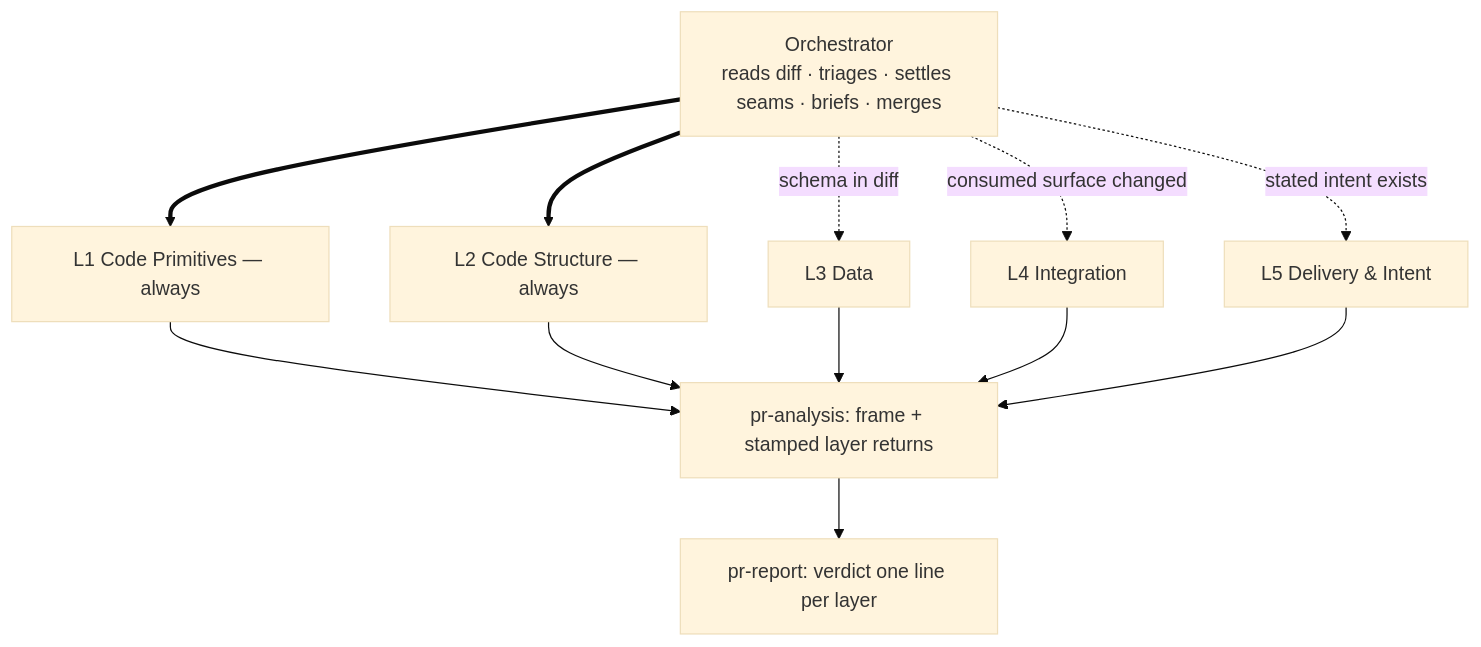
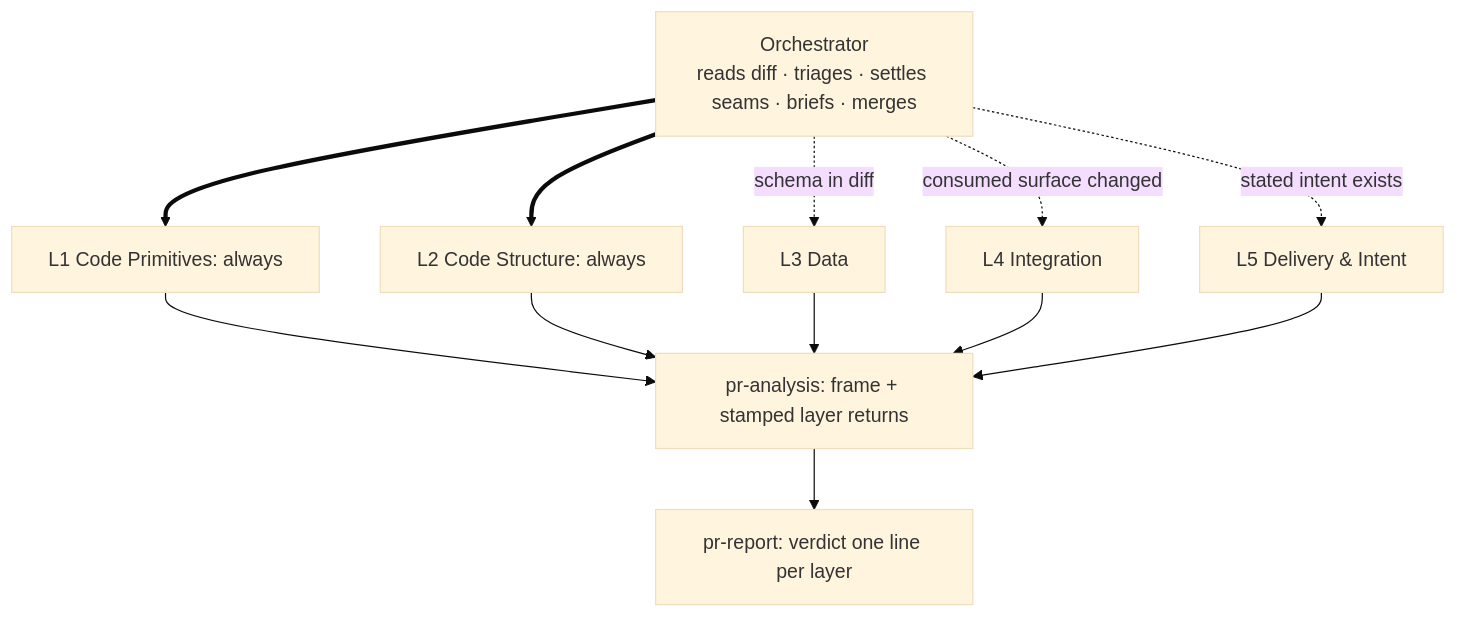
The diagram in skills/pr-review/SKILL.md (Ovich/charrette), drawn with Mermaid (base theme) before and after one commit. The commit also changed other lines of this file and 4 other files, not shown here.

````diff
--- a/skills/pr-review/SKILL.md
+++ b/skills/pr-review/SKILL.md
@@ -68,15 +72,15 @@
 ```mermaid
 flowchart TB
     O[Orchestrator<br/>reads diff · triages · settles seams · briefs · merges]
-    O ==> L1[L1 Code Primitives — always]
-    O ==> L2[L2 Code Structure — always]
+    O ==> L1[L1 Code Primitives: always]
+    O ==> L2[L2 Code Structure: always]
     O -.->|schema in diff| L3[L3 Data]
     O -.->|consumed surface changed| L4[L4 Integration]
     O -.->|stated intent exists| L5[L5 Delivery & Intent]
     L1 --> AN[pr-analysis: frame + stamped layer returns]
     L2 --> AN
     L3 --> AN
     L4 --> AN
     L5 --> AN
     AN --> RP[pr-report: verdict one line per layer]
 ```
````
